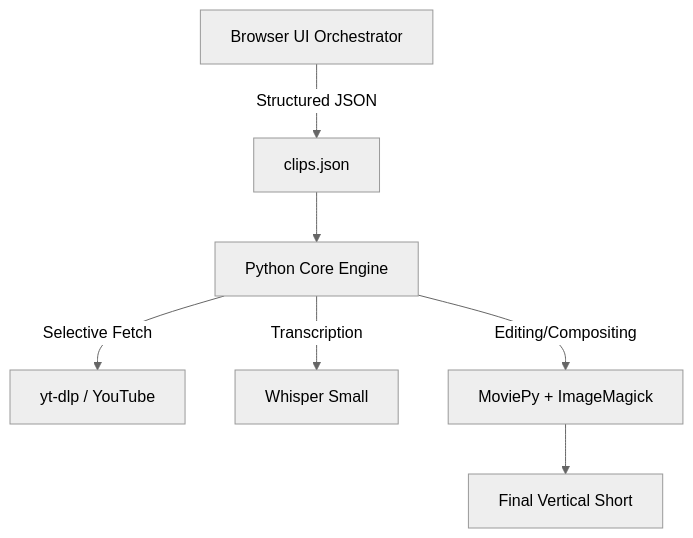
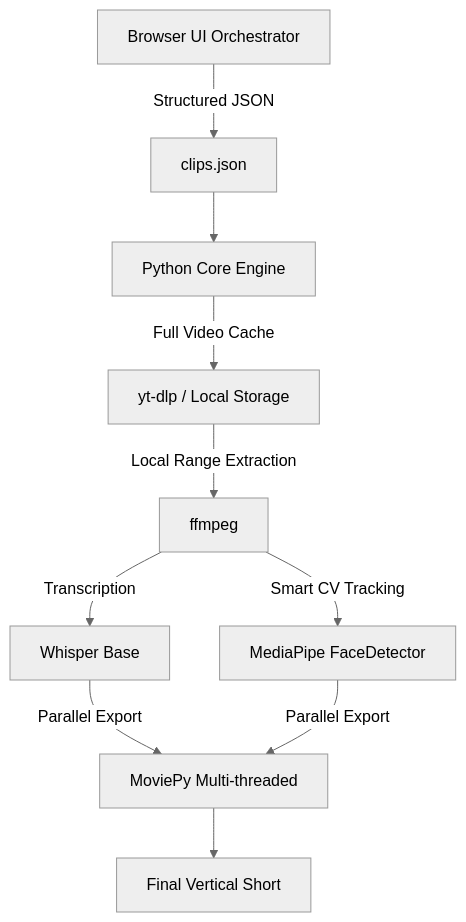
Before and after one commit to doctorrajvanshi/fypd-OpenOpus: the diagram in architecture.md, drawn with Mermaid (neutral theme). The commit also changed other lines of this file and 7 other files, not shown here.

````diff
--- a/architecture.md
+++ b/architecture.md
@@ -7,9 +7,12 @@
 ```mermaid
 graph TD
     A[Browser UI Orchestrator] -->|Structured JSON| B[clips.json]
     B --> C[Python Core Engine]
-    C -->|Selective Fetch| D[yt-dlp / YouTube]
-    C -->|Transcription| E[Whisper Small]
-    C -->|Editing/Compositing| F[MoviePy + ImageMagick]
-    F --> G[Final Vertical Short]
+    C -->|Full Video Cache| D[yt-dlp / Local Storage]
+    D -->|Local Range Extraction| E[ffmpeg]
+    E -->|Transcription| F[Whisper Base]
+    E -->|Smart CV Tracking| G[MediaPipe FaceDetector]
+    F -->|Parallel Export| H[MoviePy Multi-threaded]
+    G -->|Parallel Export| H
+    H --> I[Final Vertical Short]
 ```
````
